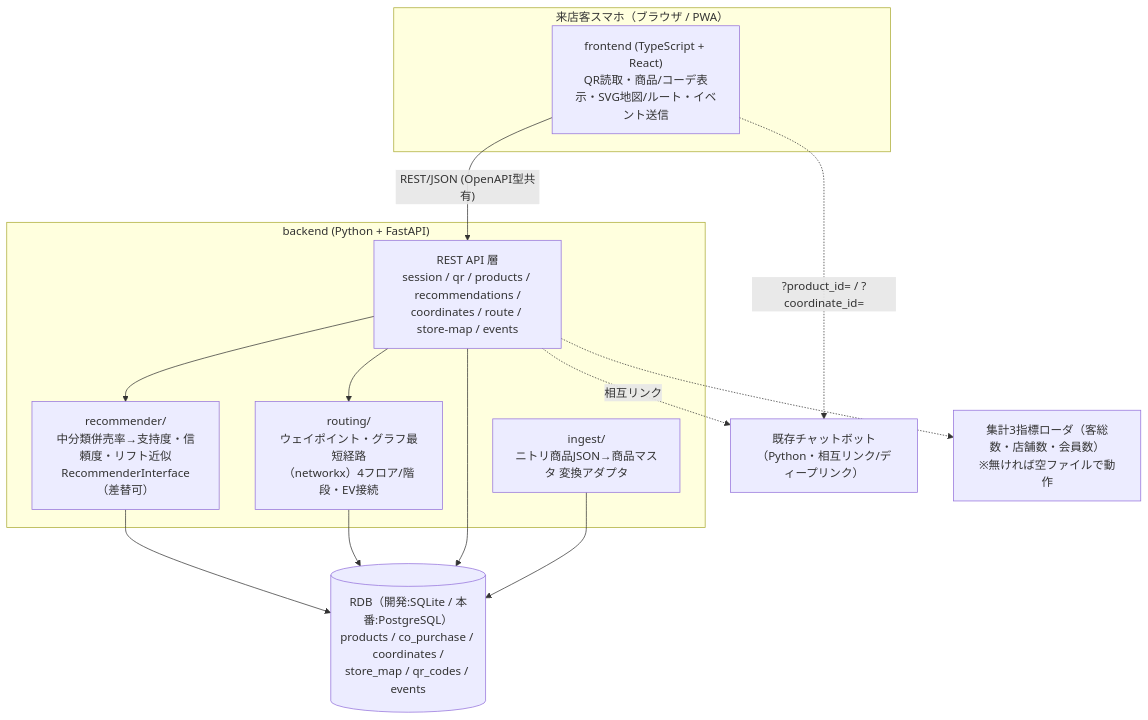
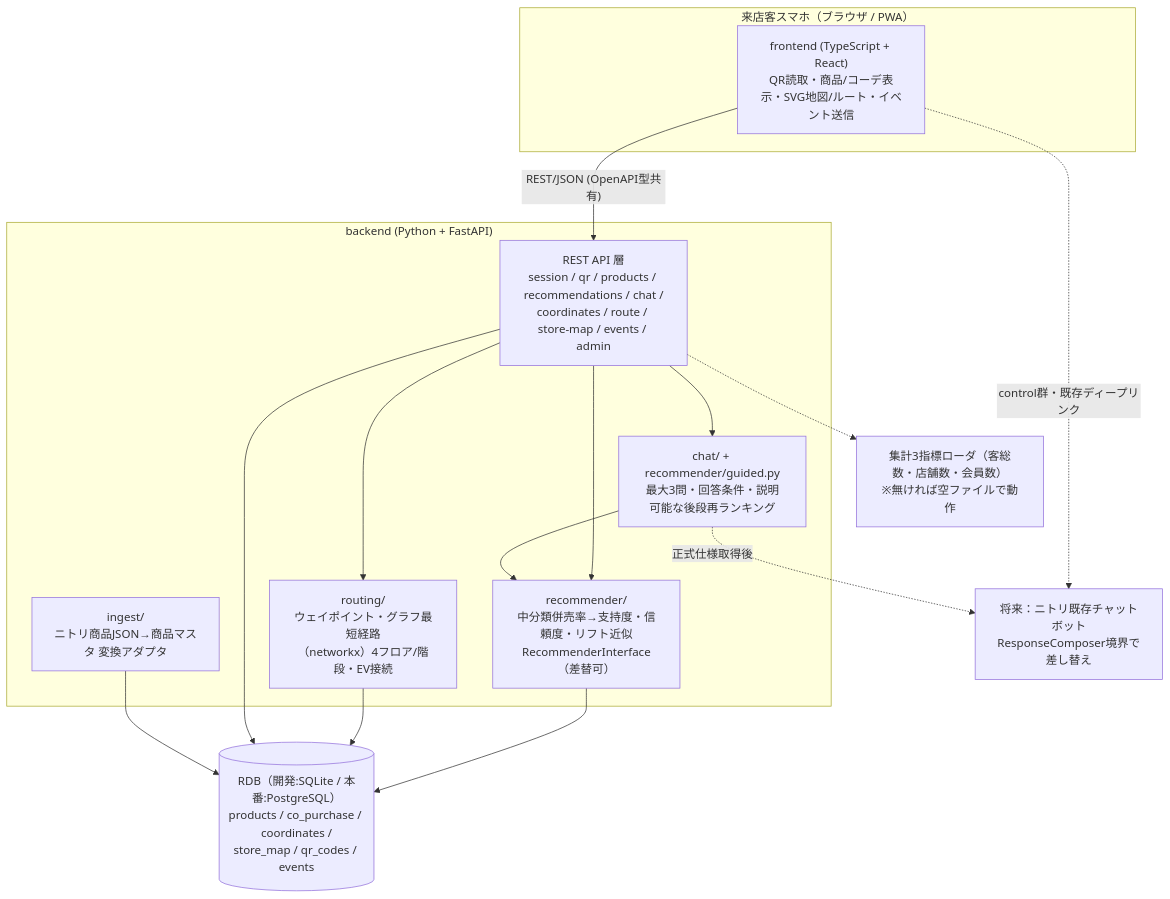
Before and after one commit to Raiden-Blade/room-harmoney: the diagram in docs/DESIGN.md, drawn with Mermaid. The commit also changed other lines of this file and 33 other files, not shown here.

````diff
--- a/docs/DESIGN.md
+++ b/docs/DESIGN.md
@@ -9,26 +9,28 @@
 ```mermaid
 flowchart TB
   subgraph Client["来店客スマホ（ブラウザ / PWA）"]
     FE["frontend (TypeScript + React)<br/>QR読取・商品/コーデ表示・SVG地図/ルート・イベント送信"]
   end
 
   subgraph Server["backend (Python + FastAPI)"]
-    API["REST API 層<br/>session / qr / products / recommendations /<br/>coordinates / route / store-map / events"]
+    API["REST API 層<br/>session / qr / products / recommendations / chat /<br/>coordinates / route / store-map / events / admin"]
     REC["recommender/<br/>中分類併売率→支持度・信頼度・リフト近似<br/>RecommenderInterface（差替可）"]
+    GUIDE["chat/ + recommender/guided.py<br/>最大3問・回答条件・説明可能な後段再ランキング"]
     RT["routing/<br/>ウェイポイント・グラフ最短経路<br/>（networkx）4フロア/階段・EV接続"]
     ING["ingest/<br/>ニトリ商品JSON→商品マスタ 変換アダプタ"]
   end
 
   DB[("RDB（開発:SQLite / 本番:PostgreSQL）<br/>products / co_purchase / coordinates /<br/>store_map / qr_codes / events")]
-  CHAT["既存チャットボット（Python・相互リンク/ディープリンク）"]
+  CHAT["将来：ニトリ既存チャットボット<br/>ResponseComposer境界で差し替え"]
   AGG["集計3指標ローダ（客総数・店舗数・会員数）<br/>※無ければ空ファイルで動作"]
 
   FE -->|"REST/JSON (OpenAPI型共有)"| API
   API --> REC --> DB
+  API --> GUIDE --> REC
   API --> RT --> DB
   API --> DB
   ING --> DB
-  API -. "相互リンク" .-> CHAT
-  FE -. "?product_id= / ?coordinate_id=" .-> CHAT
+  GUIDE -. "正式仕様取得後" .-> CHAT
+  FE -. "control群・既存ディープリンク" .-> CHAT
   API -.-> AGG
 ```
````
